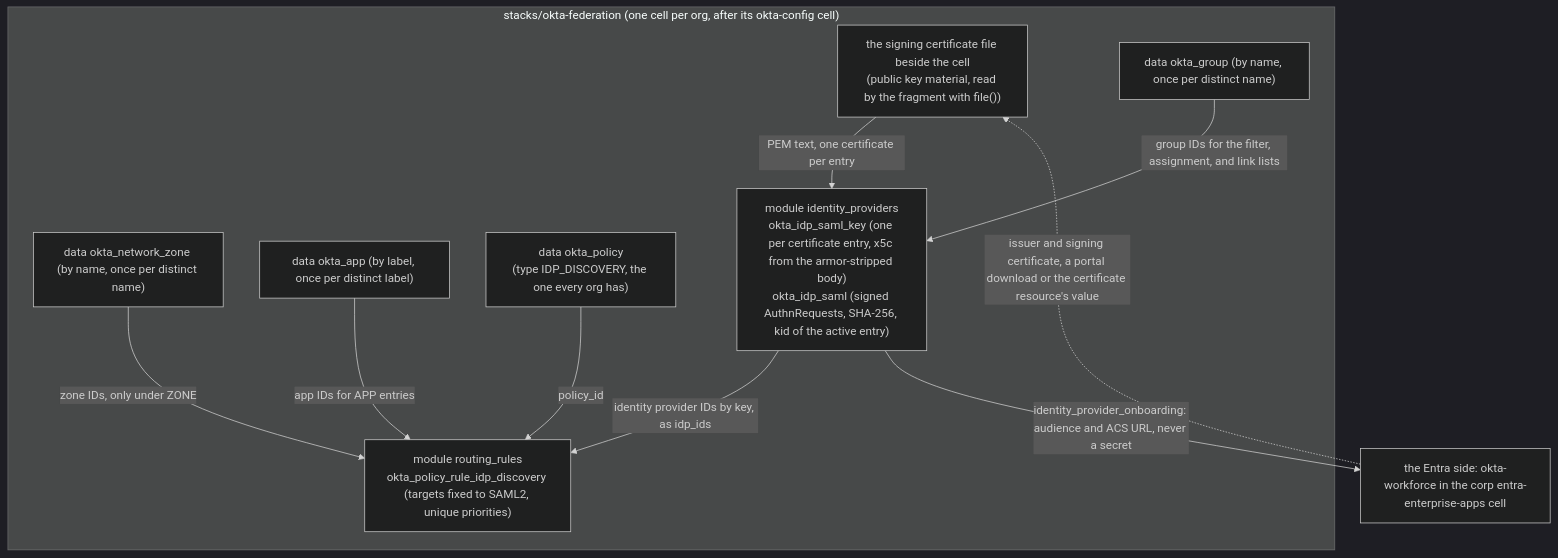
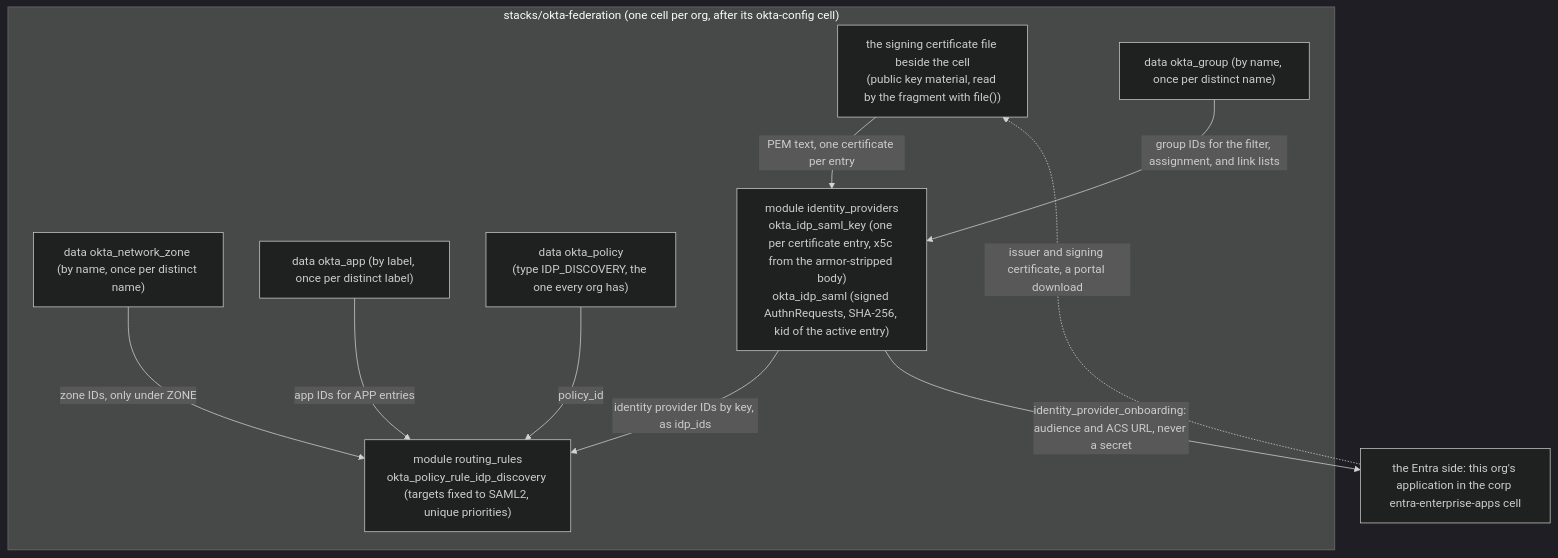
One commit to AdamFields1/identity-as-code changed the fifth of 11 diagrams in docs/architecture.md. Above: the diagram before and after it, drawn with Mermaid (dark theme). The commit also changed other lines of this file and 21 other files, not shown here.

````diff
--- a/docs/architecture.md
+++ b/docs/architecture.md
@@ -507,21 +509,21 @@
 ```mermaid
 flowchart TB
   subgraph fed["stacks/okta-federation (one cell per org, after its okta-config cell)"]
     CER["the signing certificate file beside the cell\n(public key material, read by the fragment with file())"]
     GN2["data okta_group (by name, once per distinct name)"]
     ZN2["data okta_network_zone (by name, once per distinct name)"]
     APN["data okta_app (by label, once per distinct label)"]
     DP["data okta_policy\n(type IDP_DISCOVERY, the one every org has)"]
     IDP["module identity_providers\nokta_idp_saml_key (one per certificate entry, x5c from the armor-stripped body)\nokta_idp_saml (signed AuthnRequests, SHA-256, kid of the active entry)"]
     RR["module routing_rules\nokta_policy_rule_idp_discovery (targets fixed to SAML2, unique priorities)"]
     CER -->|PEM text, one certificate per entry| IDP
     GN2 -->|group IDs for the filter, assignment, and link lists| IDP
     IDP -->|identity provider IDs by key, as idp_ids| RR
     ZN2 -->|zone IDs, only under ZONE| RR
     APN -->|app IDs for APP entries| RR
     DP -->|policy_id| RR
   end
 
-  ENTRA["the Entra side: okta-workforce in the corp entra-enterprise-apps cell"] -.->|issuer and signing certificate, a portal download or the certificate resource's value| CER
+  ENTRA["the Entra side: this org's application in the corp entra-enterprise-apps cell"] -.->|issuer and signing certificate, a portal download| CER
   IDP -->|identity_provider_onboarding: audience and ACS URL, never a secret| ENTRA
 ```
````
